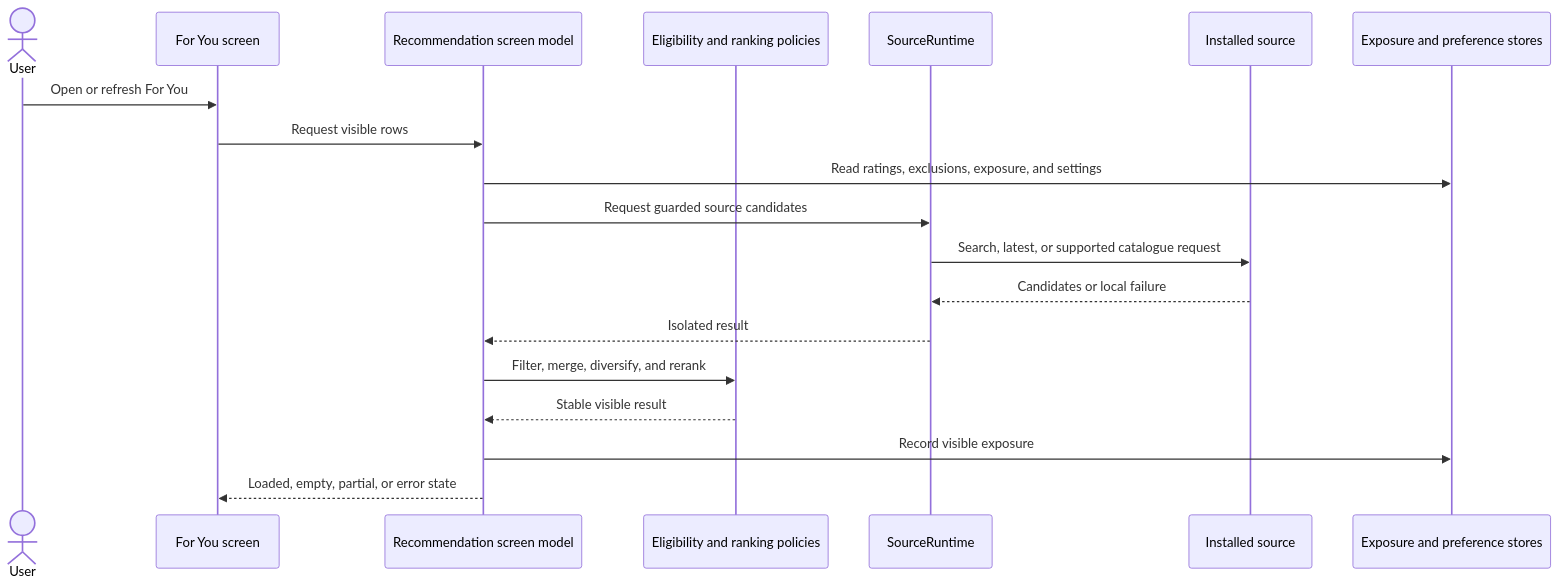
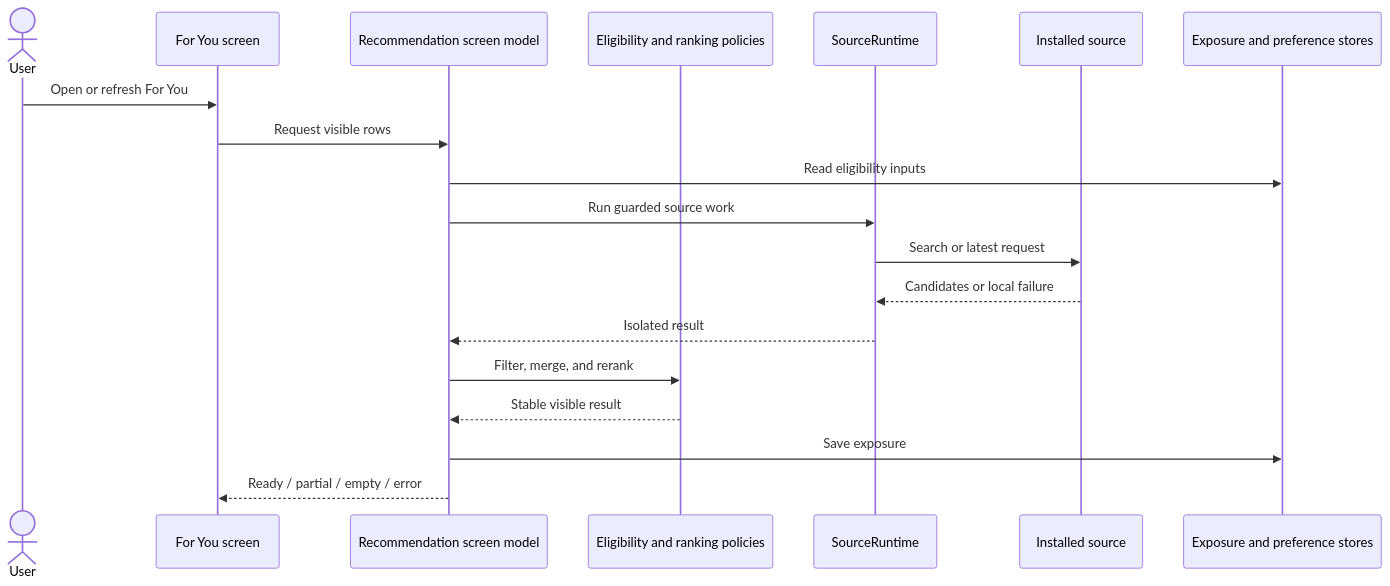
The third of 6 diagrams in docs/kmk/how-kmk-works.md (FancyCorey/komikku-KMK), drawn with Mermaid before and after one commit. The commit also changed 9 other files, not shown here.

Commit message:
Improve Mermaid diagram readability

````diff
--- a/docs/kmk/how-kmk-works.md
+++ b/docs/kmk/how-kmk-works.md
@@ -38,22 +38,22 @@
 ```mermaid
 sequenceDiagram
     actor User
     participant Screen as For You screen
     participant Model as Recommendation screen model
     participant Policy as Eligibility and ranking policies
     participant Runtime as SourceRuntime
     participant Source as Installed source
     participant Memory as Exposure and preference stores
 
     User->>Screen: Open or refresh For You
     Screen->>Model: Request visible rows
-    Model->>Memory: Read ratings, exclusions, exposure, and settings
-    Model->>Runtime: Request guarded source candidates
-    Runtime->>Source: Search, latest, or supported catalogue request
+    Model->>Memory: Read eligibility inputs
+    Model->>Runtime: Run guarded source work
+    Runtime->>Source: Search or latest request
     Source-->>Runtime: Candidates or local failure
     Runtime-->>Model: Isolated result
-    Model->>Policy: Filter, merge, diversify, and rerank
+    Model->>Policy: Filter, merge, and rerank
     Policy-->>Model: Stable visible result
-    Model->>Memory: Record visible exposure
-    Model-->>Screen: Loaded, empty, partial, or error state
+    Model->>Memory: Save exposure
+    Model-->>Screen: Ready / partial / empty / error
 ```
````
